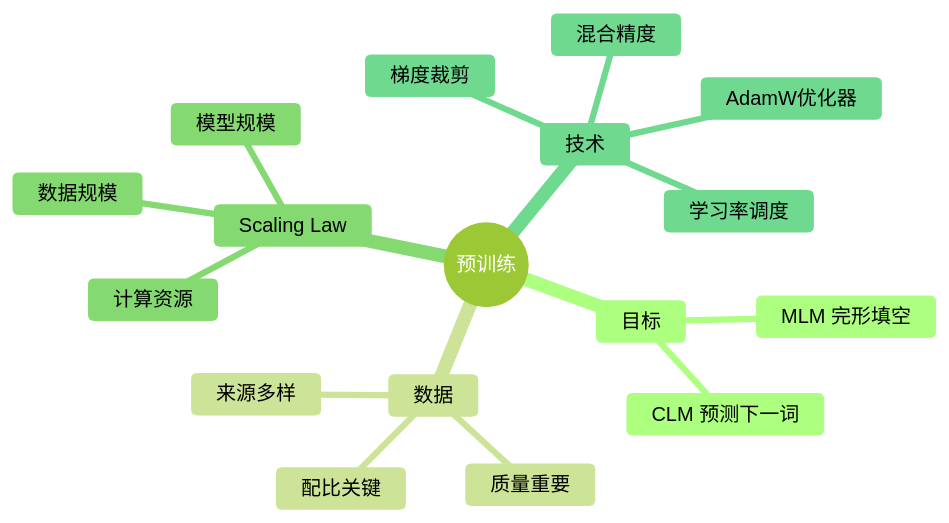
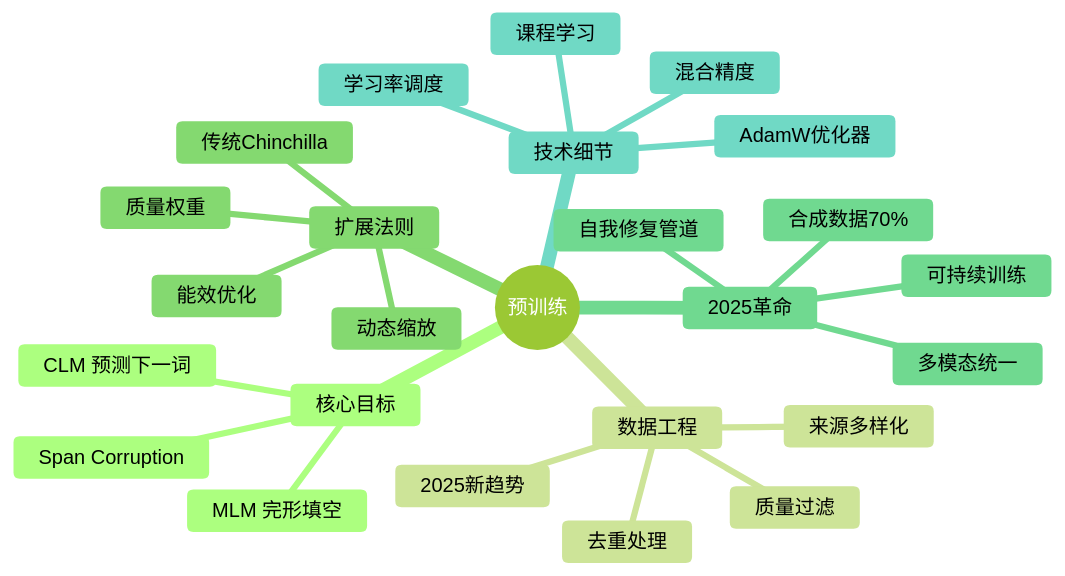
Diagram 19 of 19 in learning/website/docs/basics/10-pretraining.md (Xunzhuo/mini-sglang), drawn with Mermaid (forest theme) before and after one commit. The commit also changed other lines of this file and 7 other files, not shown here.

````diff
--- a/learning/website/docs/basics/10-pretraining.md
+++ b/learning/website/docs/basics/10-pretraining.md
@@ -320,20 +472,28 @@
 ```mermaid
 mindmap
   root((预训练))
-    目标
+    核心目标
       CLM 预测下一词
       MLM 完形填空
-    数据
-      来源多样
-      质量重要
-      配比关键
-    Scaling Law
-      模型规模
-      数据规模
-      计算资源
-    技术
+      Span Corruption
+    数据工程
+      来源多样化
+      质量过滤
+      去重处理
+      2025新趋势
+    扩展法则
+      传统Chinchilla
+      动态缩放
+      质量权重
+      能效优化
+    2025革命
+      合成数据70%
+      自我修复管道
+      多模态统一
+      可持续训练
+    技术细节
       AdamW优化器
       学习率调度
       混合精度
-      梯度裁剪
+      课程学习
 ```
````
